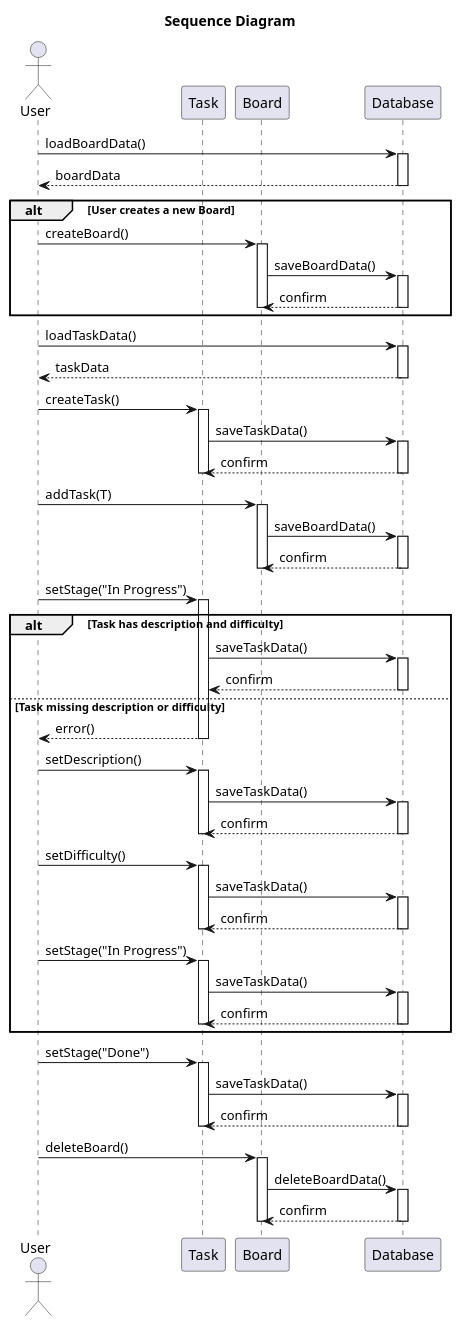
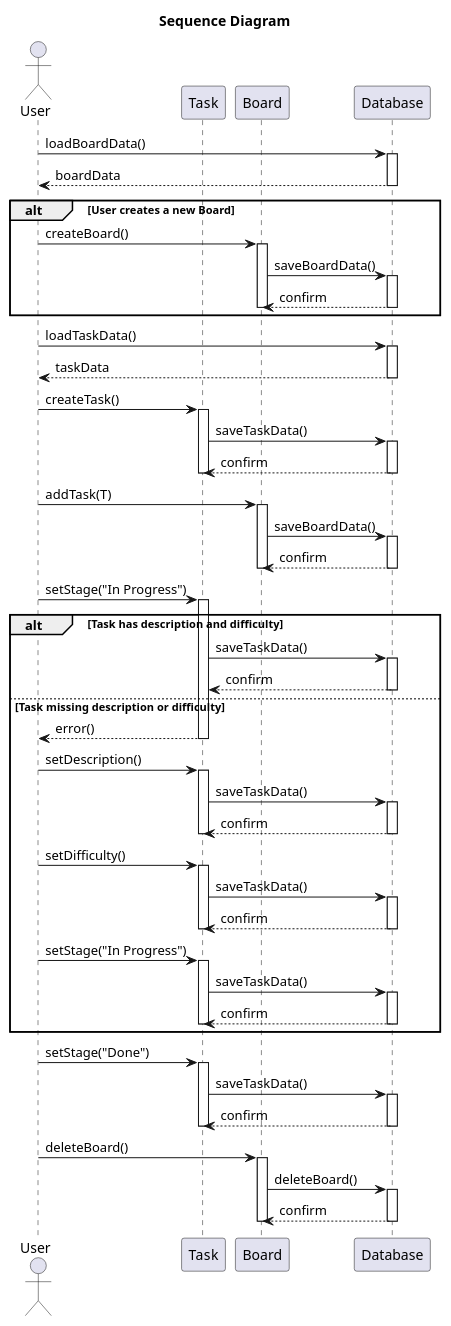
Before and after one commit to travisformayor/cli_kanban: the diagram in diagrams/sequenceDiagram.puml, drawn with PlantUML. The commit also changed 1 other file, not shown here.

```diff
--- a/diagrams/sequenceDiagram.puml
+++ b/diagrams/sequenceDiagram.puml
@@ -1,96 +1,96 @@
 @startuml sequenceDiagram
 
 title Sequence Diagram
 
 actor User
 participant "Task" as T
 participant "Board" as B
 participant "Database" as DB
 
 User -> DB: loadBoardData()
 activate DB
 DB --> User: boardData
 deactivate DB
 
 alt User creates a new Board
   User -> B: createBoard()
   activate B
   B -> DB: saveBoardData()
   activate DB
   DB --> B: confirm
   deactivate DB
   deactivate B
 end
 
 User -> DB: loadTaskData()
 activate DB
 DB --> User: taskData
 deactivate DB
 
 User -> T: createTask()
 activate T
 T -> DB: saveTaskData()
 activate DB
 DB --> T: confirm
 deactivate DB
 deactivate T
 
 User -> B: addTask(T)
 activate B
 B -> DB: saveBoardData()
 activate DB
 DB --> B: confirm
 deactivate DB
 deactivate B
 
 'change to In Progress
 User -> T: setStage("In Progress")
 activate T
 alt Task has description and difficulty
   T -> DB: saveTaskData()
   activate DB
   DB --> T: confirm
   deactivate DB
 else Task missing description or difficulty
   T --> User: error() 
   deactivate T
   User -> T: setDescription()
   activate T
   T -> DB: saveTaskData()
   activate DB
   DB --> T: confirm
   deactivate DB
   deactivate T
   User -> T: setDifficulty()
   activate T
   T -> DB: saveTaskData()
   activate DB
   DB --> T: confirm
   deactivate DB
   deactivate T
   User -> T: setStage("In Progress")
   activate T
   T -> DB: saveTaskData()
   activate DB
   DB --> T: confirm
   deactivate DB
   deactivate T
 end
 
 User -> T: setStage("Done")
 activate T
 T -> DB: saveTaskData()
 activate DB
 DB --> T: confirm
 deactivate DB
 deactivate T
 
 User -> B: deleteBoard()
 activate B
-B -> DB: deleteBoardData()
+B -> DB: deleteBoard()
 activate DB
 DB --> B: confirm
 deactivate DB
 deactivate B
 
 @enduml
```
